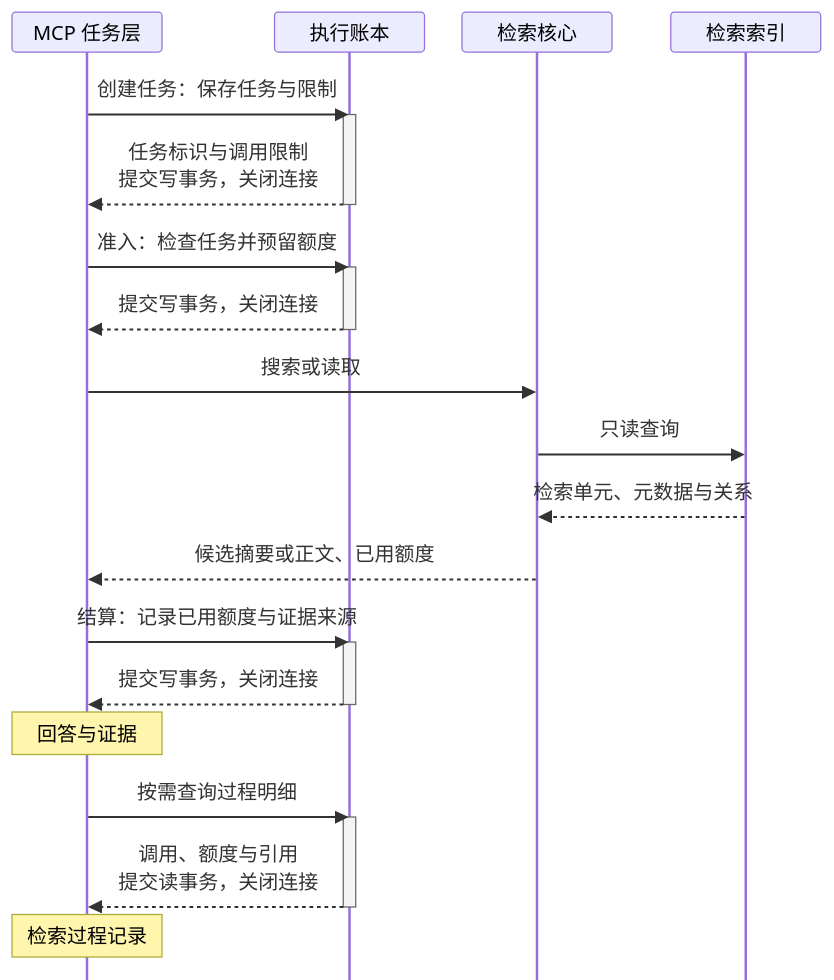
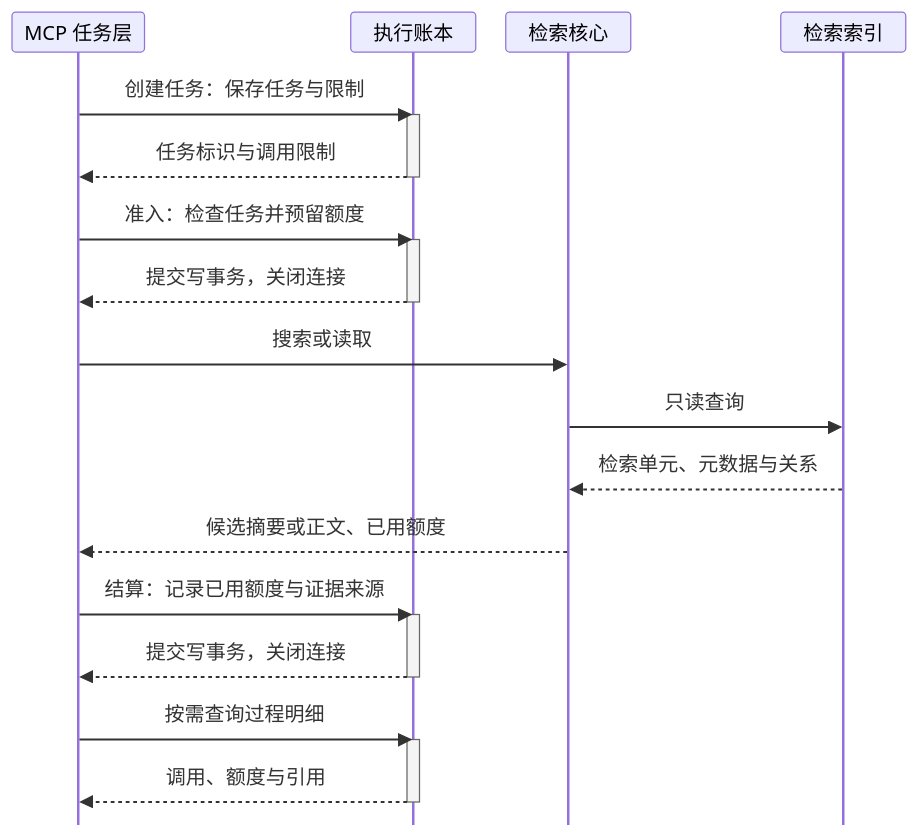
The fourth of 5 diagrams in docs/architecture.md (def-a-name/learn-corpus), drawn with Mermaid before and after one commit. The commit also changed other lines of this file and 8 other files, not shown here.

````diff
--- a/docs/architecture.md
+++ b/docs/architecture.md
@@ -207,48 +224,46 @@
 ```mermaid
 ---
 config:
+  look: classic
+  layout: dagre
   themeVariables:
-    fontSize: 13px
+    fontSize: 14px
   sequence:
-    actorFontSize: 13
-    messageFontSize: 13
-    noteFontSize: 13
-    width: 120
+    actorFontSize: 14
+    messageFontSize: 14
+    width: 100
     height: 32
-    actorMargin: 30
-    messageMargin: 18
+    actorMargin: 24
+    messageMargin: 12
     boxMargin: 6
-    noteMargin: 6
     diagramMarginX: 12
     diagramMarginY: 8
     mirrorActors: false
-    wrap: true
+    wrap: false
 ---
 sequenceDiagram
     participant T as MCP 任务层
     participant L as 执行账本
     participant C as 检索核心
     participant I as 检索索引
     T->>L: 创建任务：保存任务与限制
     activate L
-    L-->>T: 任务标识与调用限制<br/>提交写事务，关闭连接
+    L-->>T: 任务标识与调用限制
     deactivate L
     T->>L: 准入：检查任务并预留额度
     activate L
     L-->>T: 提交写事务，关闭连接
     deactivate L
     T->>C: 搜索或读取
     C->>I: 只读查询
     I-->>C: 检索单元、元数据与关系
     C-->>T: 候选摘要或正文、已用额度
     T->>L: 结算：记录已用额度与证据来源
     activate L
     L-->>T: 提交写事务，关闭连接
     deactivate L
-    Note over T: 回答与证据
     T->>L: 按需查询过程明细
     activate L
-    L-->>T: 调用、额度与引用<br/>提交读事务，关闭连接
+    L-->>T: 调用、额度与引用
     deactivate L
-    Note over T: 检索过程记录
 ```
````
